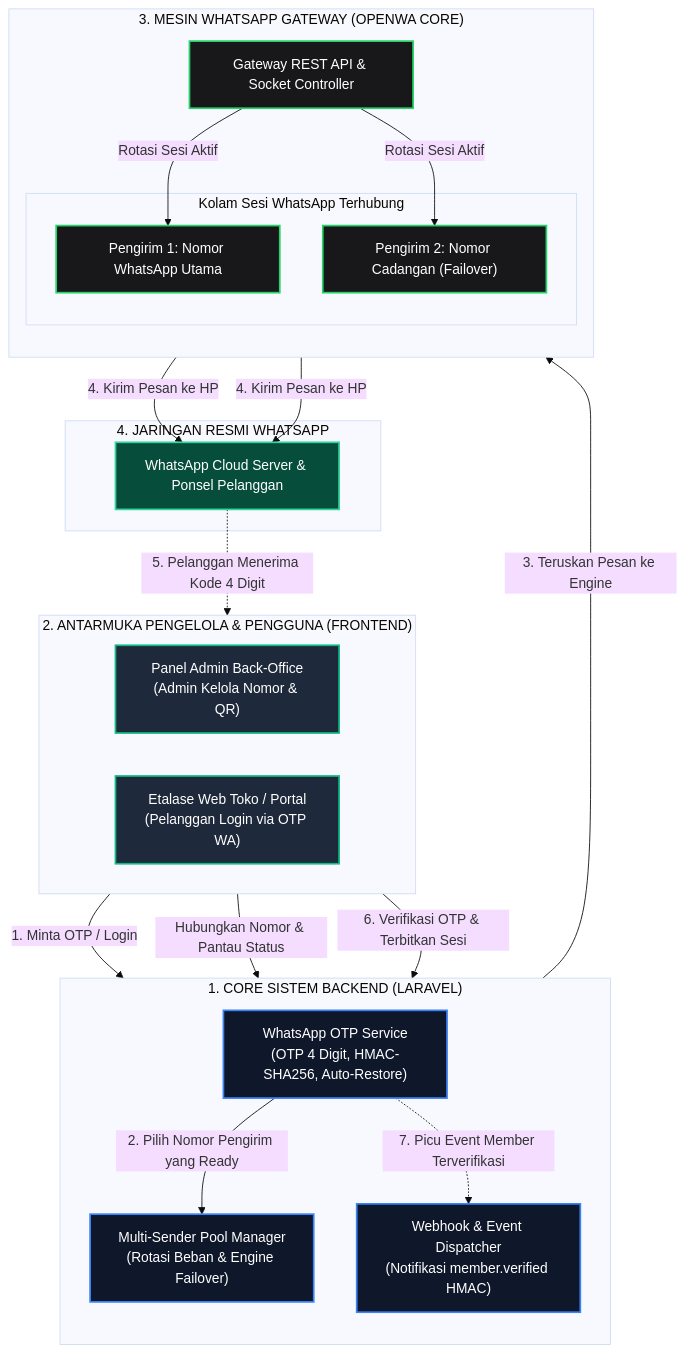
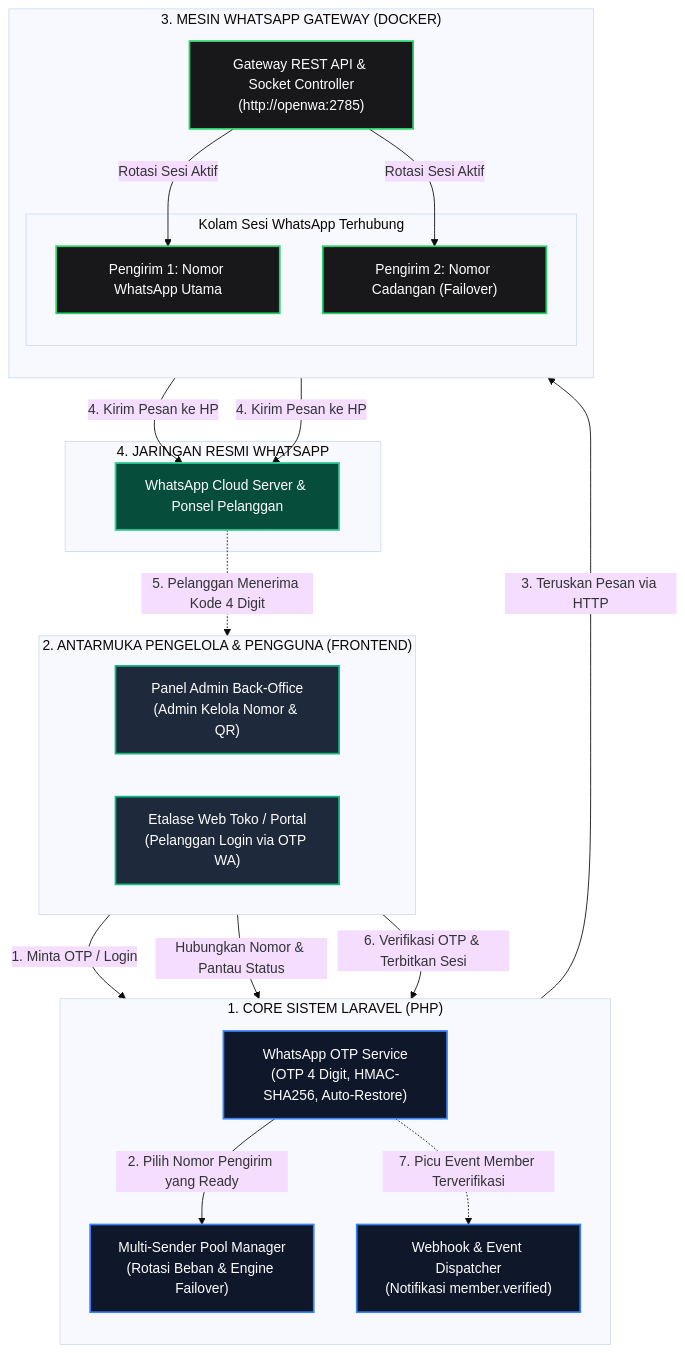
One commit to billi-panca-wijaya/wa-gateway changed the first of 4 diagrams in README.id.md. Above: the diagram before and after it, drawn with Mermaid (base theme). The commit also changed other lines of this file and 1904 other files, not shown here.

Commit message:
refactor: clean up repository into a pure Laravel integration package with zero-config Docker engine

````diff
--- a/README.id.md
+++ b/README.id.md
@@ -38,44 +35,44 @@
 ```mermaid
 flowchart TD
     classDef platform fill:#0f172a,stroke:#3b82f6,stroke-width:2px,color:#fff;
     classDef operator fill:#1e293b,stroke:#10b981,stroke-width:2px,color:#fff;
     classDef gateway fill:#18181b,stroke:#25d366,stroke-width:2px,color:#fff;
     classDef enduser fill:#064e3b,stroke:#34d399,stroke-width:2px,color:#fff;
 
-    subgraph PLATFORM_LAYER ["1. CORE SISTEM BACKEND (LARAVEL)"]
+    subgraph PLATFORM_LAYER ["1. CORE SISTEM LARAVEL (PHP)"]
         direction TB
         B1["WhatsApp OTP Service<br/>(OTP 4 Digit, HMAC-SHA256, Auto-Restore)"]:::platform
         B2["Multi-Sender Pool Manager<br/>(Rotasi Beban & Engine Failover)"]:::platform
-        B3["Webhook & Event Dispatcher<br/>(Notifikasi member.verified HMAC)"]:::platform
+        B3["Webhook & Event Dispatcher<br/>(Notifikasi member.verified)"]:::platform
     end
 
     subgraph OPERATOR_LAYER ["2. ANTARMUKA PENGELOLA & PENGGUNA (FRONTEND)"]
         direction LR
         O1["Panel Admin Back-Office<br/>(Admin Kelola Nomor & QR)"]:::operator
         O2["Etalase Web Toko / Portal<br/>(Pelanggan Login via OTP WA)"]:::operator
     end
 
-    subgraph GATEWAY_LAYER ["3. MESIN WHATSAPP GATEWAY (OPENWA CORE)"]
+    subgraph GATEWAY_LAYER ["3. MESIN WHATSAPP GATEWAY (DOCKER)"]
         direction TB
-        G1["Gateway REST API & Socket Controller"]:::gateway
+        G1["Gateway REST API & Socket Controller<br/>(http://openwa:2785)"]:::gateway
         subgraph ACTIVE_POOL ["Kolam Sesi WhatsApp Terhubung"]
             S1["Pengirim 1: Nomor WhatsApp Utama"]:::gateway
             S2["Pengirim 2: Nomor Cadangan (Failover)"]:::gateway
         end
     end
 
     subgraph WA_NETWORK ["4. JARINGAN RESMI WHATSAPP"]
         W1["WhatsApp Cloud Server & Ponsel Pelanggan"]:::enduser
     end
 
     %% Interaksi alur data
     O2 -->|"1. Minta OTP / Login"| B1
     O1 -->|"Hubungkan Nomor & Pantau Status"| B2
     B1 -->|"2. Pilih Nomor Pengirim yang Ready"| B2
-    B2 -->|"3. Teruskan Pesan ke Engine"| G1
+    B2 -->|"3. Teruskan Pesan via HTTP"| G1
     G1 -->|"Rotasi Sesi Aktif"| S1 & S2
     S1 & S2 -->|"4. Kirim Pesan ke HP"| W1
     W1 -.->|"5. Pelanggan Menerima Kode 4 Digit"| O2
     O2 -->|"6. Verifikasi OTP & Terbitkan Sesi"| B1
     B1 -.->|"7. Picu Event Member Terverifikasi"| B3
 ```
````
